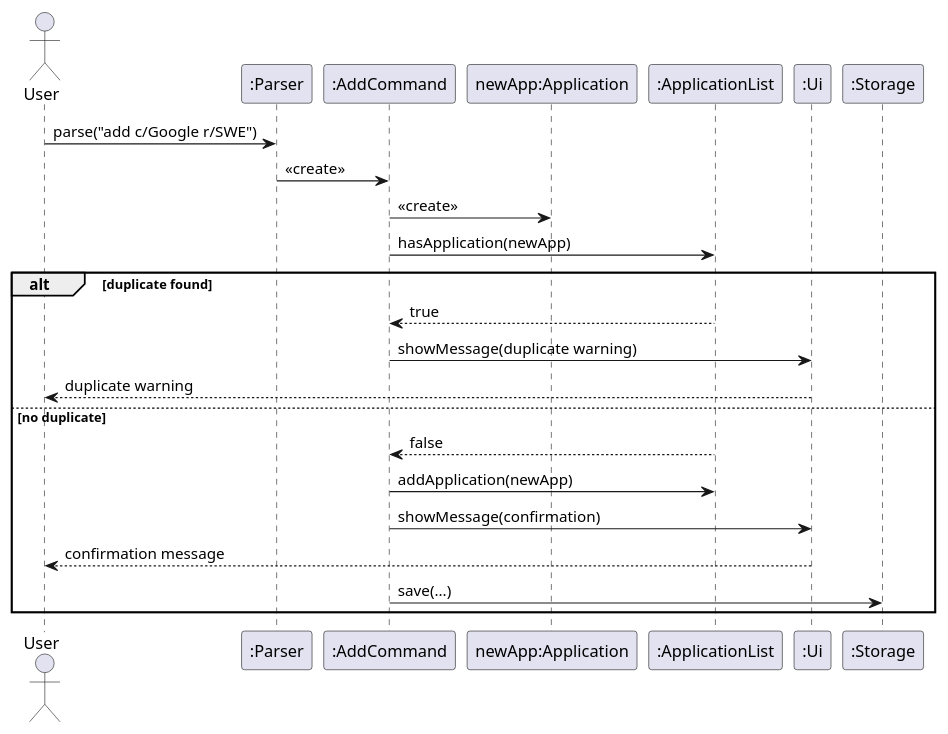
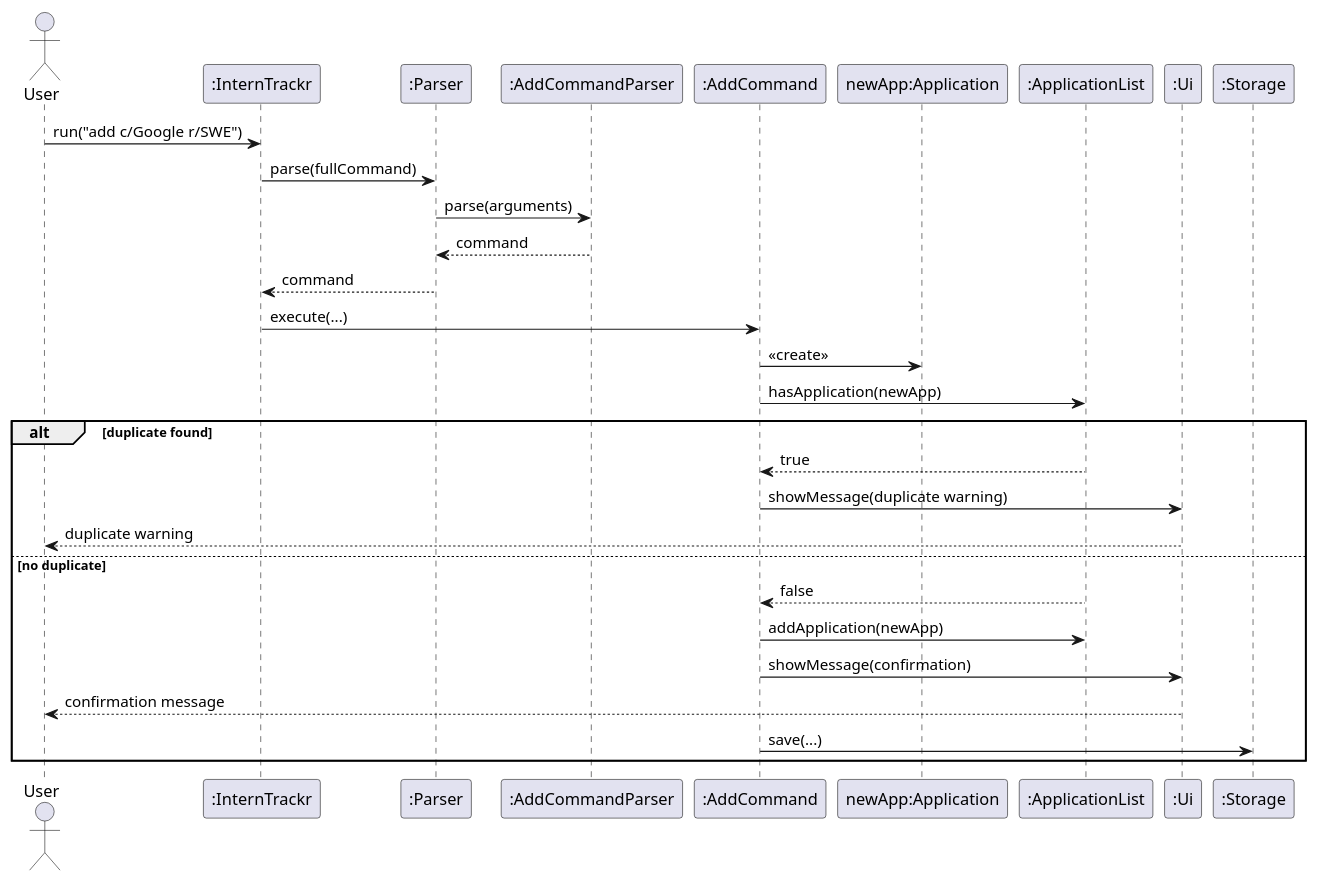
The diagram in docs/diagrams/AaravAddCommandSequence.puml (eugenia-cnl-lee/tp), drawn with PlantUML before and after one commit. The commit also changed 14 other files, not shown here.

Commit message:
Fix Aarav DG diagrams and align parser/delete documentation with implementation

```diff
--- a/docs/diagrams/AaravAddCommandSequence.puml
+++ b/docs/diagrams/AaravAddCommandSequence.puml
@@ -1,28 +1,33 @@
 @startuml
 actor User
+participant ":InternTrackr" as IT
 participant ":Parser" as P
+participant ":AddCommandParser" as ACP
 participant ":AddCommand" as AC
 participant "newApp:Application" as APP
 participant ":ApplicationList" as AL
 participant ":Ui" as UI
 participant ":Storage" as S
 
-User -> P : parse("add c/Google r/SWE")
-P -> AC : <<create>>
+User -> IT : run("add c/Google r/SWE")
+IT -> P : parse(fullCommand)
+P -> ACP : parse(arguments)
+ACP --> P : command
+P --> IT : command
 
+IT -> AC : execute(...)
 AC -> APP : <<create>>
-
 AC -> AL : hasApplication(newApp)
 
 alt duplicate found
     AL --> AC : true
     AC -> UI : showMessage(duplicate warning)
     UI --> User : duplicate warning
 else no duplicate
     AL --> AC : false
     AC -> AL : addApplication(newApp)
     AC -> UI : showMessage(confirmation)
     UI --> User : confirmation message
     AC -> S : save(...)
 end
 @enduml
```
